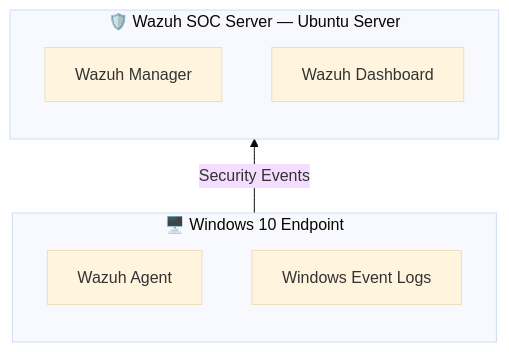
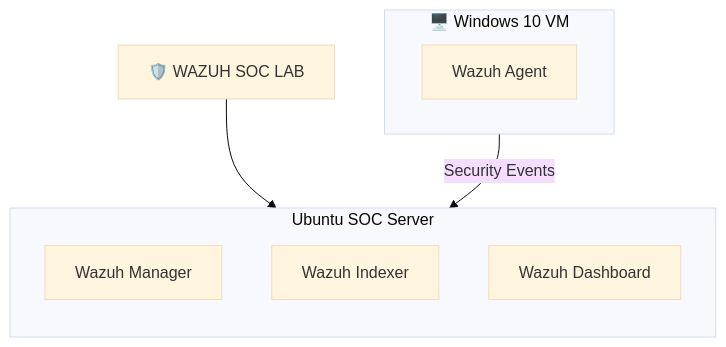
One commit to daniyal-sec/Wazuh-SOC-Home-Lab changed the first of 4 diagrams in README.md. Above: the diagram before and after it, drawn with Mermaid (base theme). The commit also changed other lines of this file, not shown here.

````diff
--- a/README.md
+++ b/README.md
@@ -106,12 +106,14 @@
 ```mermaid
-flowchart BT
-    subgraph EP["🖥️ Windows 10 Endpoint"]
+flowchart TD
+    L["🛡️ WAZUH SOC LAB"] --> SRV
+    subgraph SRV["Ubuntu SOC Server"]
+        direction TB
+        WM["Wazuh Manager"]
+        WI["Wazuh Indexer"]
+        WD["Wazuh Dashboard"]
+    end
+    subgraph EP["🖥️ Windows 10 VM"]
         WA["Wazuh Agent"]
-        WEL["Windows Event Logs"]
-    end
-    subgraph SRV["🛡️ Wazuh SOC Server — Ubuntu Server"]
-        WM["Wazuh Manager"]
-        WD["Wazuh Dashboard"]
     end
     EP -- "Security Events" --> SRV
 ```
````
